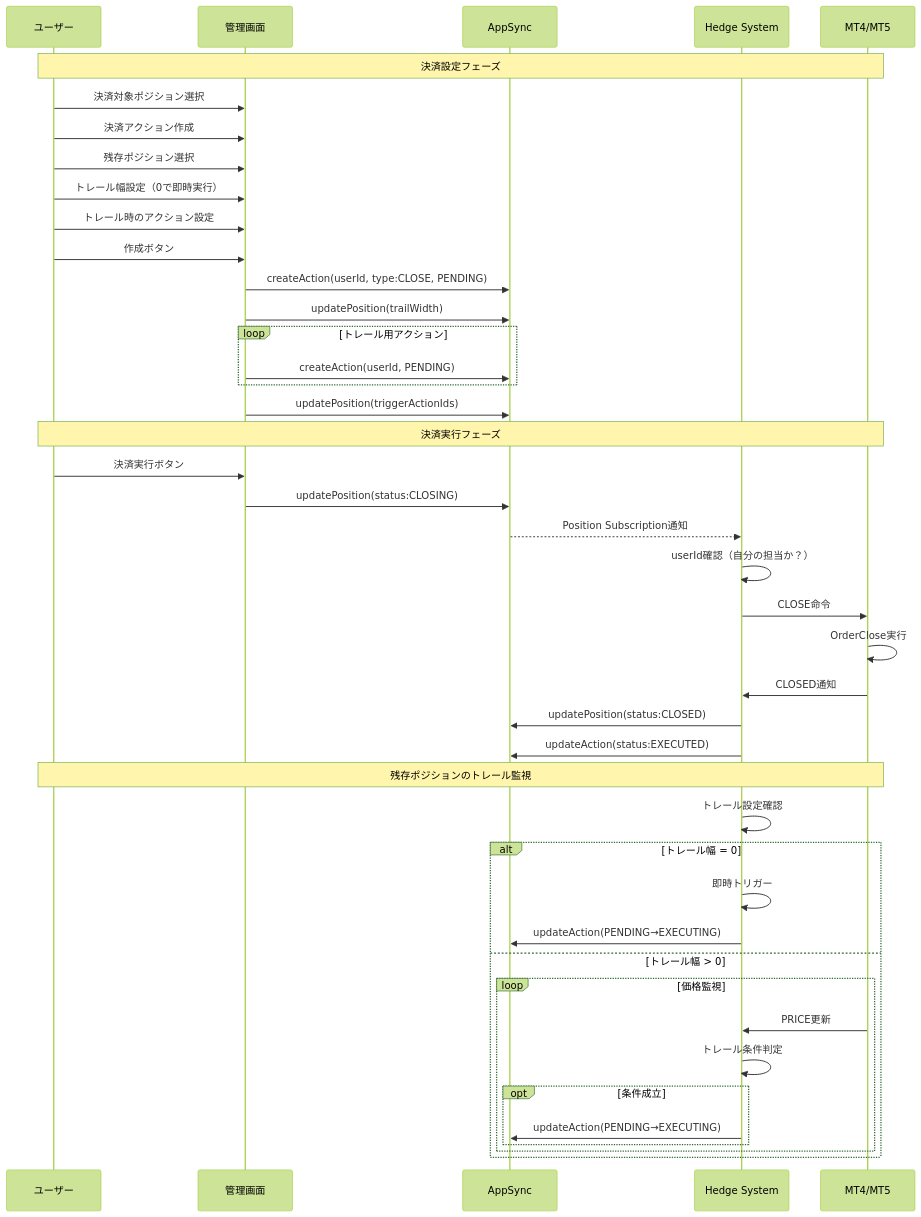
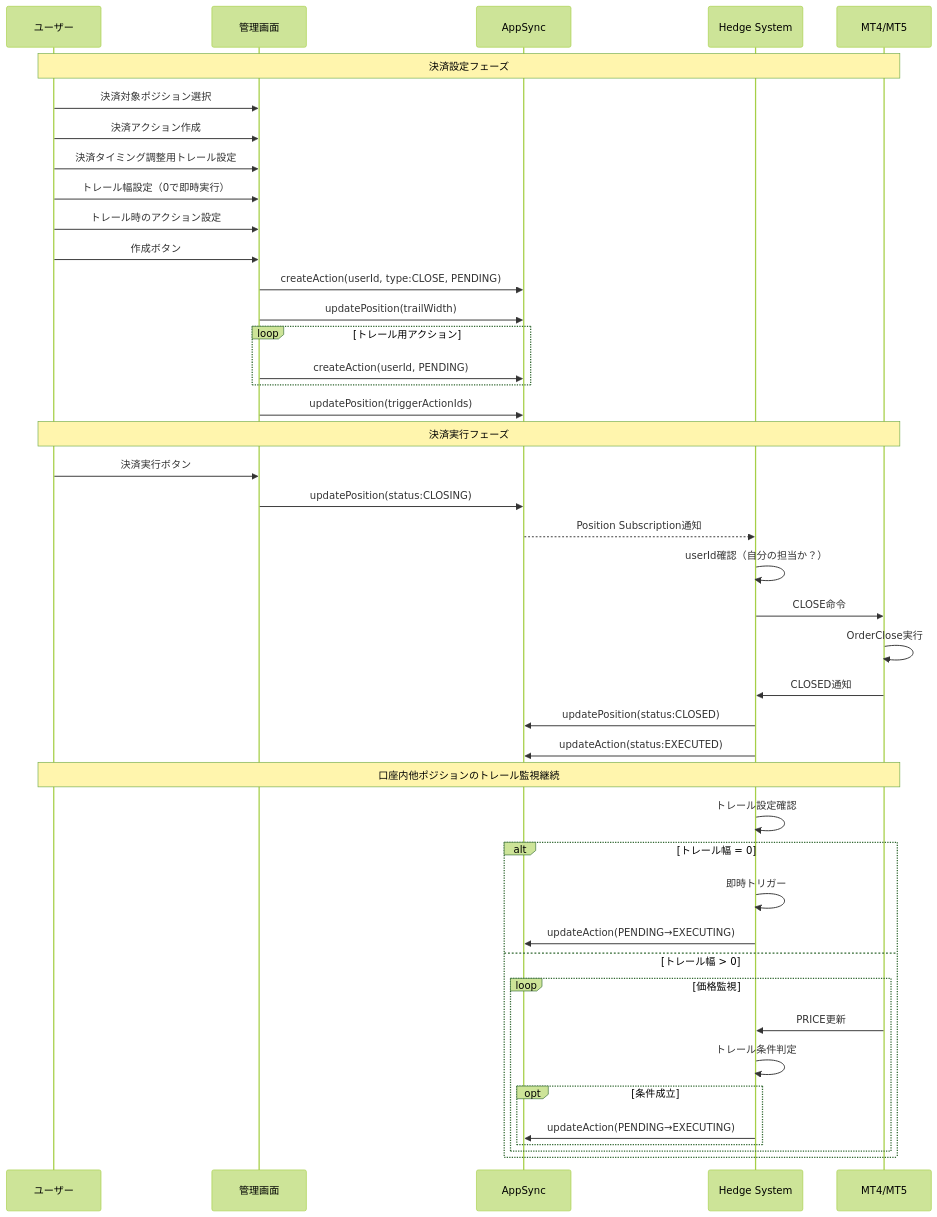
Before and after one commit to rnrnstar2/ArbitrageAssistant: the sixth of 16 diagrams in MVPシステム設計.md, drawn with Mermaid (forest theme). The commit also changed other lines of this file and 26 other files, not shown here.

````diff
--- a/MVPシステム設計.md
+++ b/MVPシステム設計.md
@@ -303,50 +306,50 @@
 ```mermaid
 sequenceDiagram
     participant U as ユーザー
     participant UI as 管理画面
     participant API as AppSync
     participant HS as Hedge System
     participant EA as MT4/MT5
 
     Note over U,EA: 決済設定フェーズ
     U->>UI: 決済対象ポジション選択
     U->>UI: 決済アクション作成
-    U->>UI: 残存ポジション選択
+    U->>UI: 決済タイミング調整用トレール設定
     U->>UI: トレール幅設定（0で即時実行）
     U->>UI: トレール時のアクション設定
     U->>UI: 作成ボタン
 
     UI->>API: createAction(userId, type:CLOSE, PENDING)
     UI->>API: updatePosition(trailWidth)
     loop トレール用アクション
         UI->>API: createAction(userId, PENDING)
     end
     UI->>API: updatePosition(triggerActionIds)
 
     Note over U,EA: 決済実行フェーズ
     U->>UI: 決済実行ボタン
     UI->>API: updatePosition(status:CLOSING)
     API-->>HS: Position Subscription通知
 
     HS->>HS: userId確認（自分の担当か？）
     HS->>EA: CLOSE命令
     EA->>EA: OrderClose実行
     EA->>HS: CLOSED通知
     HS->>API: updatePosition(status:CLOSED)
     HS->>API: updateAction(status:EXECUTED)
 
-    Note over U,EA: 残存ポジションのトレール監視
+    Note over U,EA: 口座内他ポジションのトレール監視継続
     HS->>HS: トレール設定確認
     alt トレール幅 = 0
         HS->>HS: 即時トリガー
         HS->>API: updateAction(PENDING→EXECUTING)
     else トレール幅 > 0
         loop 価格監視
             EA->>HS: PRICE更新
             HS->>HS: トレール条件判定
             opt 条件成立
                 HS->>API: updateAction(PENDING→EXECUTING)
             end
         end
     end
 ```
````
